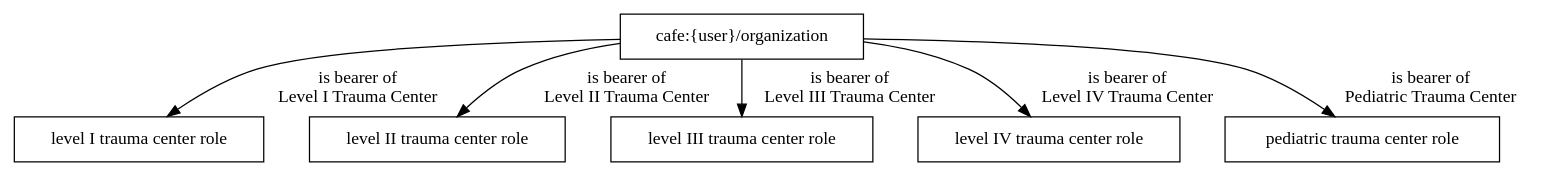
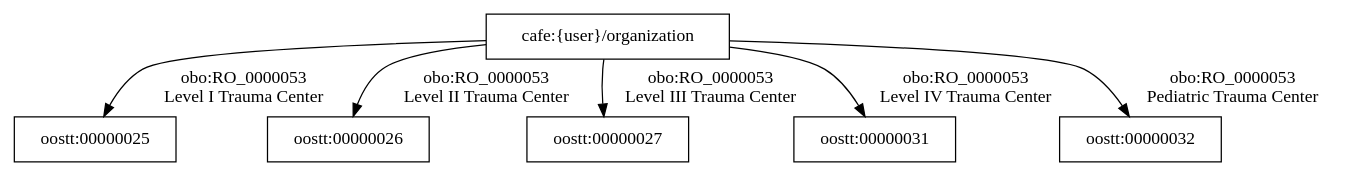
The diagram in cafe/graphs/124.dot (utecht/dideo-server), drawn with Graphviz before and after one commit. The commit also changed 17 other files, not shown here.

```diff
--- a/cafe/graphs/124.dot
+++ b/cafe/graphs/124.dot
@@ -1,13 +1,13 @@
 digraph g { node [shape=rectangle];
 graph [splines=true, nodesep=.5, ranksep=0, overlap=false];
-"cafe:{user}/organization" -> "level I trauma center role" [label="is bearer of
+"cafe:{user}/organization" -> "oostt:00000025" [label="obo:RO_0000053
 Level I Trauma Center"]
-"cafe:{user}/organization" -> "level II trauma center role" [label="is bearer of
+"cafe:{user}/organization" -> "oostt:00000026" [label="obo:RO_0000053
 Level II Trauma Center"]
-"cafe:{user}/organization" -> "level III trauma center role" [label="is bearer of
+"cafe:{user}/organization" -> "oostt:00000027" [label="obo:RO_0000053
 Level III Trauma Center"]
-"cafe:{user}/organization" -> "level IV trauma center role" [label="is bearer of
+"cafe:{user}/organization" -> "oostt:00000031" [label="obo:RO_0000053
 Level IV Trauma Center"]
-"cafe:{user}/organization" -> "pediatric trauma center role" [label="is bearer of
+"cafe:{user}/organization" -> "oostt:00000032" [label="obo:RO_0000053
 Pediatric Trauma Center"]
 }
```
